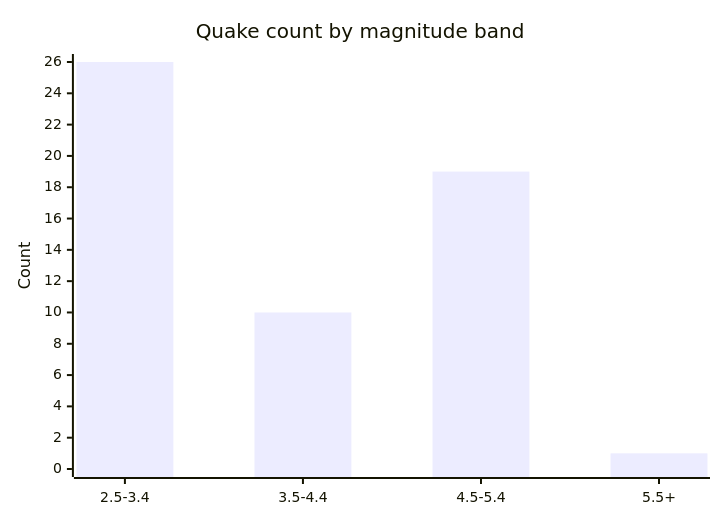
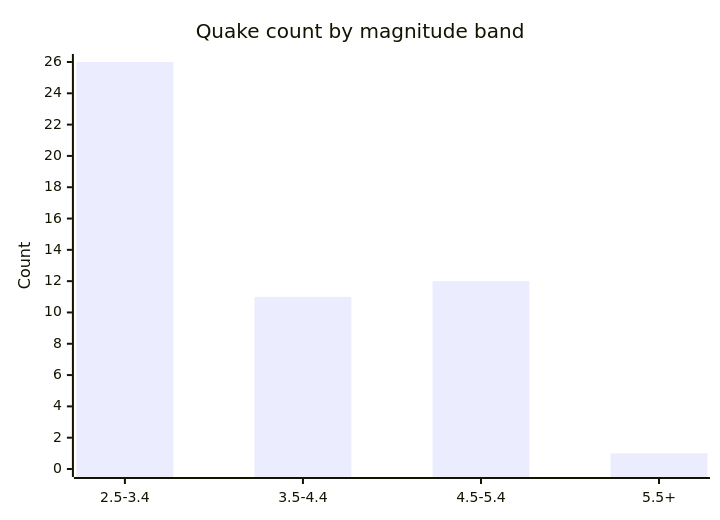
The fifth of 6 diagrams in docs/GRAPHS.md (Midwest-Stratospheric/aerostratospheric-defense-gir), drawn with Mermaid before and after one commit. The commit also changed other lines of this file and 25 other files, not shown here.

````diff
--- a/docs/GRAPHS.md
+++ b/docs/GRAPHS.md
@@ -82,7 +82,7 @@
 ```mermaid
 xychart-beta
   title "Quake count by magnitude band"
   x-axis ["2.5-3.4", "3.5-4.4", "4.5-5.4", "5.5+"]
   y-axis "Count" 0 --> 26
-  bar [26, 10, 19, 1]
+  bar [26, 11, 12, 1]
 ```
````
